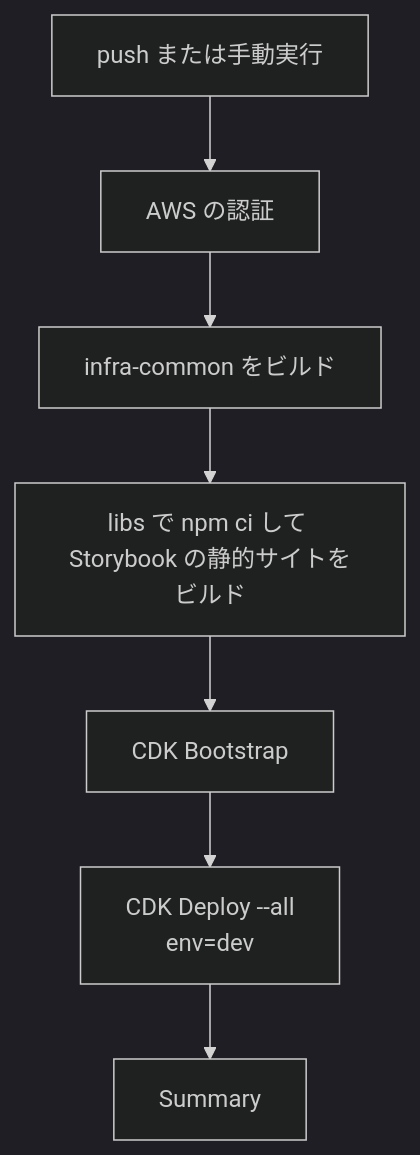
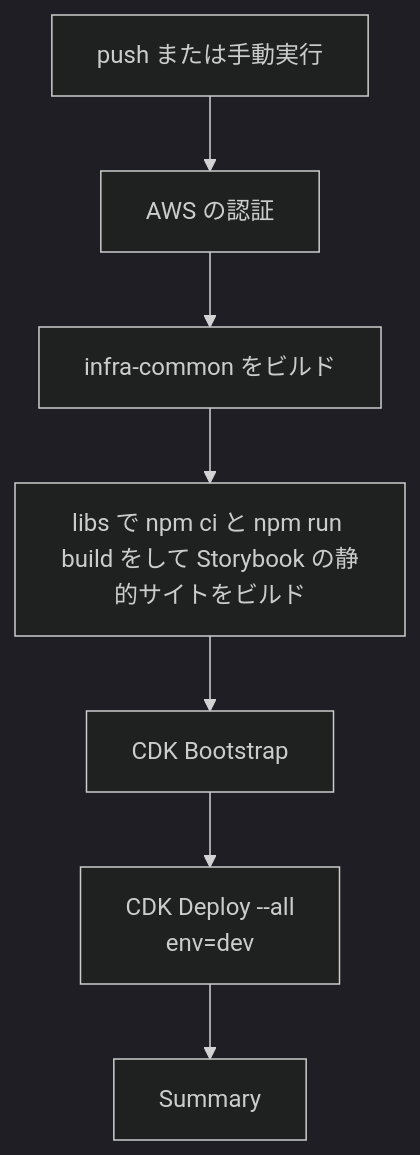
One commit to nagiyu/nagiyu-platform changed the second of 2 diagrams in docs/platform/specs/deploy.md. Above: the diagram before and after it, drawn with Mermaid (dark theme). The commit also changed other lines of this file and 13 other files, not shown here.

First line of the commit message:
Storybook のビルドの前に libs をビルドし、レビューの軽微な指摘を直す

````diff
--- a/docs/platform/specs/deploy.md
+++ b/docs/platform/specs/deploy.md
@@ -235,9 +235,9 @@
 ```mermaid
 flowchart TD
     A[push または手動実行] --> B[AWS の認証]
     B --> D[infra-common をビルド]
-    D --> E[libs で npm ci して Storybook の静的サイトをビルド]
+    D --> E[libs で npm ci と npm run build をして Storybook の静的サイトをビルド]
     E --> F[CDK Bootstrap]
     F --> G[CDK Deploy --all<br/>env=dev]
     G --> H[Summary]
 ```
````
